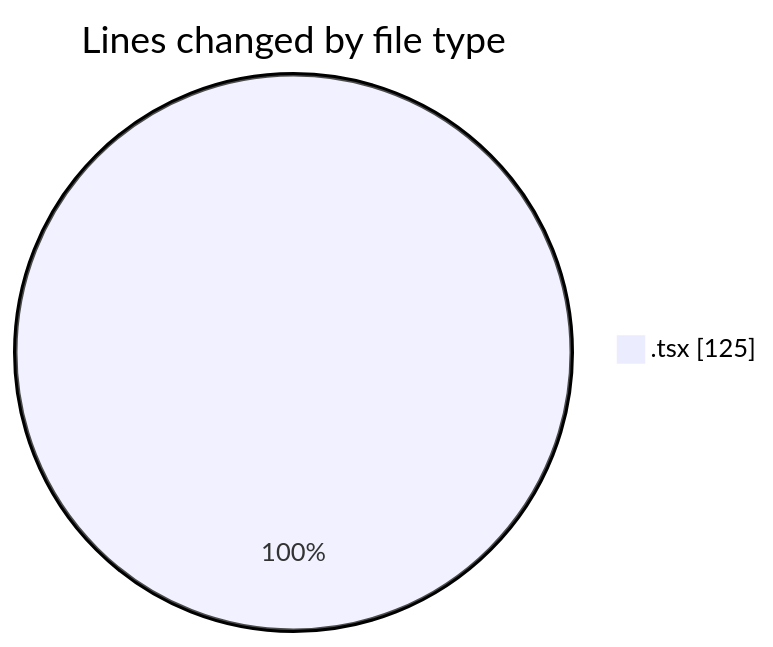
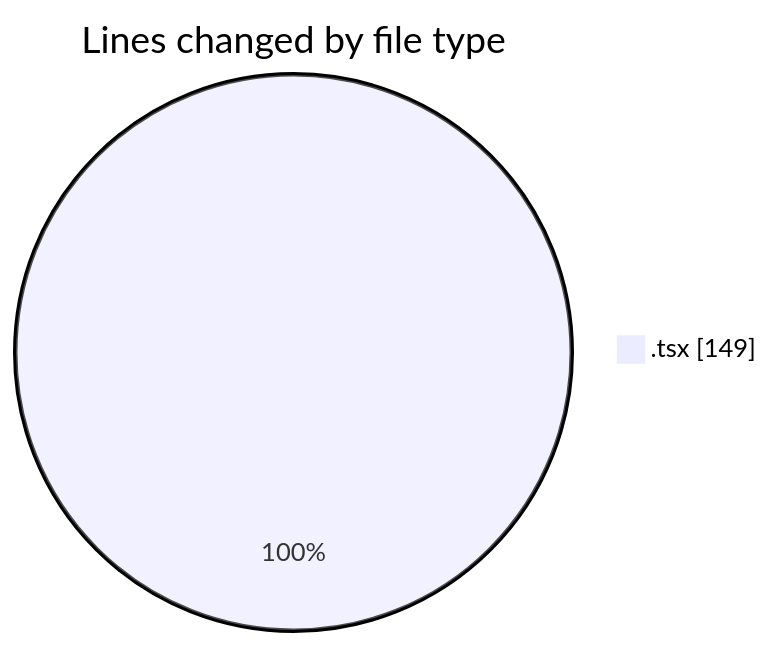
One commit to julien-gomy/code-tracking changed the first of 2 diagrams in 2025-11-18/eventscop-frontend-guide__workspace_/README.md. Above: the diagram before and after it, drawn with Mermaid. The commit also changed other lines of this file and 1 other file, not shown here.

````diff
--- a/2025-11-18/eventscop-frontend-guide__workspace_/README.md
+++ b/2025-11-18/eventscop-frontend-guide__workspace_/README.md
@@ -21,5 +21,5 @@
 ```mermaid
 pie showData
 title Lines changed by file type
-".tsx" : 125
+".tsx" : 149
 ```
````
